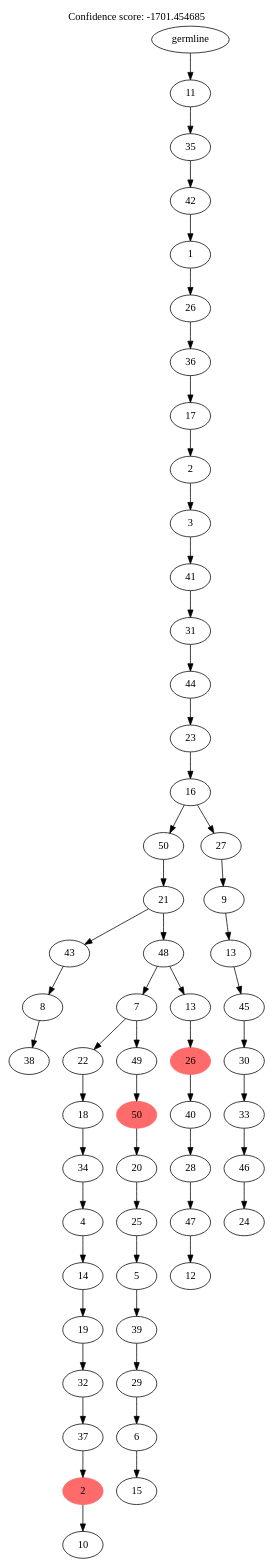
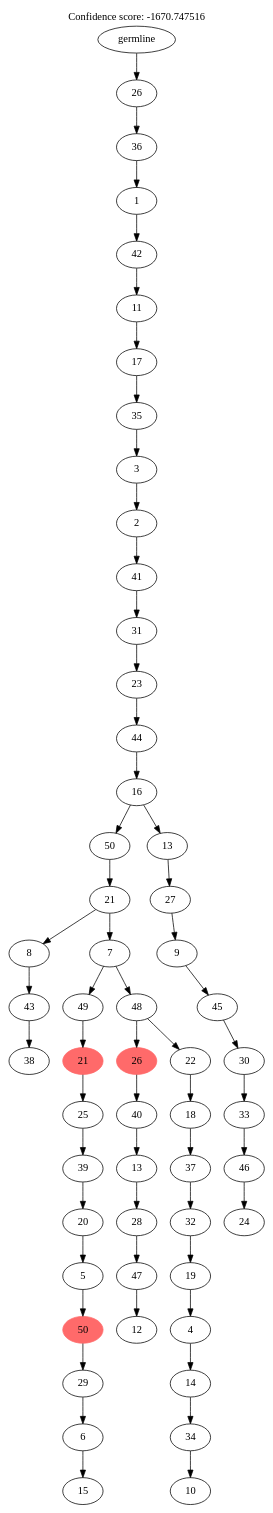
The diagram in data/exp2/sim_45_scs.sasc_rec.mlt.gv (sciccolella/reSASC_supplements), drawn with Graphviz before and after one commit. The commit also changed 659 other files, not shown here.

```diff
--- a/data/exp2/sim_45_scs.sasc_rec.mlt.gv
+++ b/data/exp2/sim_45_scs.sasc_rec.mlt.gv
@@ -1,113 +1,113 @@
 digraph g {
 	"53" -> "54";
 	"54" [label="38"];
 	"52" -> "53";
-	"53" [label="8"];
+	"53" [label="43"];
 	"50" -> "51";
-	"51" [label="10"];
+	"51" [label="15"];
 	"49" -> "50";
-	"50" [color=indianred1, style=filled, label="2"];
+	"50" [label="6"];
 	"48" -> "49";
-	"49" [label="37"];
+	"49" [label="29"];
 	"47" -> "48";
-	"48" [label="32"];
+	"48" [color=indianred1, style=filled, label="50"];
 	"46" -> "47";
-	"47" [label="19"];
+	"47" [label="5"];
 	"45" -> "46";
-	"46" [label="14"];
+	"46" [label="20"];
 	"44" -> "45";
-	"45" [label="4"];
+	"45" [label="39"];
 	"43" -> "44";
-	"44" [label="34"];
+	"44" [label="25"];
 	"42" -> "43";
-	"43" [label="18"];
+	"43" [color=indianred1, style=filled, label="21"];
 	"40" -> "41";
-	"41" [label="15"];
+	"41" [label="12"];
 	"39" -> "40";
-	"40" [label="6"];
+	"40" [label="47"];
 	"38" -> "39";
-	"39" [label="29"];
+	"39" [label="28"];
 	"37" -> "38";
-	"38" [label="39"];
+	"38" [label="13"];
 	"36" -> "37";
-	"37" [label="5"];
-	"35" -> "36";
-	"36" [label="25"];
+	"37" [label="40"];
 	"34" -> "35";
-	"35" [label="20"];
+	"35" [label="10"];
 	"33" -> "34";
-	"34" [color=indianred1, style=filled, label="50"];
+	"34" [label="34"];
 	"32" -> "33";
-	"33" [label="49"];
-	"32" -> "42";
-	"42" [label="22"];
+	"33" [label="14"];
+	"31" -> "32";
+	"32" [label="4"];
 	"30" -> "31";
-	"31" [label="12"];
+	"31" [label="19"];
 	"29" -> "30";
-	"30" [label="47"];
+	"30" [label="32"];
 	"28" -> "29";
-	"29" [label="28"];
+	"29" [label="37"];
 	"27" -> "28";
-	"28" [label="40"];
+	"28" [label="18"];
 	"26" -> "27";
-	"27" [color=indianred1, style=filled, label="26"];
+	"27" [label="22"];
+	"26" -> "36";
+	"36" [color=indianred1, style=filled, label="26"];
 	"25" -> "26";
-	"26" [label="13"];
-	"25" -> "32";
-	"32" [label="7"];
+	"26" [label="48"];
+	"25" -> "42";
+	"42" [label="49"];
 	"24" -> "25";
-	"25" [label="48"];
+	"25" [label="7"];
 	"24" -> "52";
-	"52" [label="43"];
+	"52" [label="8"];
 	"23" -> "24";
 	"24" [label="21"];
 	"21" -> "22";
 	"22" [label="24"];
 	"20" -> "21";
 	"21" [label="46"];
 	"19" -> "20";
 	"20" [label="33"];
 	"18" -> "19";
 	"19" [label="30"];
 	"17" -> "18";
 	"18" [label="45"];
 	"16" -> "17";
-	"17" [label="13"];
+	"17" [label="9"];
 	"15" -> "16";
-	"16" [label="9"];
+	"16" [label="27"];
 	"14" -> "15";
-	"15" [label="27"];
+	"15" [label="13"];
 	"14" -> "23";
 	"23" [label="50"];
 	"13" -> "14";
 	"14" [label="16"];
 	"12" -> "13";
-	"13" [label="23"];
+	"13" [label="44"];
 	"11" -> "12";
-	"12" [label="44"];
+	"12" [label="23"];
 	"10" -> "11";
 	"11" [label="31"];
 	"9" -> "10";
 	"10" [label="41"];
 	"8" -> "9";
-	"9" [label="3"];
+	"9" [label="2"];
 	"7" -> "8";
-	"8" [label="2"];
+	"8" [label="3"];
 	"6" -> "7";
-	"7" [label="17"];
+	"7" [label="35"];
 	"5" -> "6";
-	"6" [label="36"];
+	"6" [label="17"];
 	"4" -> "5";
-	"5" [label="26"];
+	"5" [label="11"];
 	"3" -> "4";
-	"4" [label="1"];
+	"4" [label="42"];
 	"2" -> "3";
-	"3" [label="42"];
+	"3" [label="1"];
 	"1" -> "2";
-	"2" [label="35"];
+	"2" [label="36"];
 	"0" -> "1";
-	"1" [label="11"];
+	"1" [label="26"];
 	"0" [label="germline"];
 	labelloc="t";
-	label="Confidence score: -1701.454685";
+	label="Confidence score: -1670.747516";
 }
```
